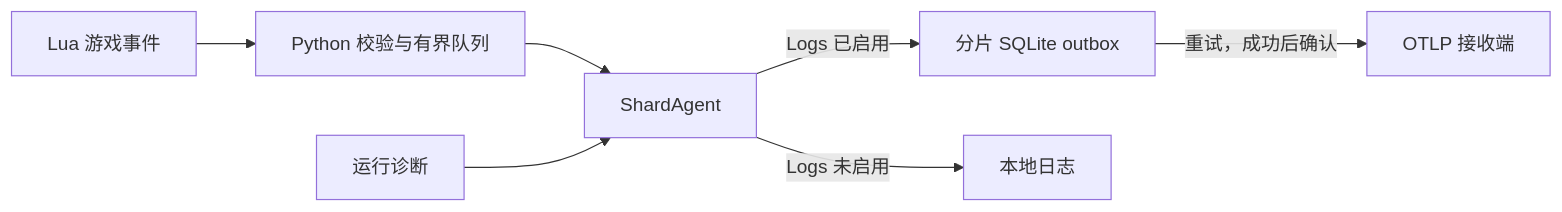
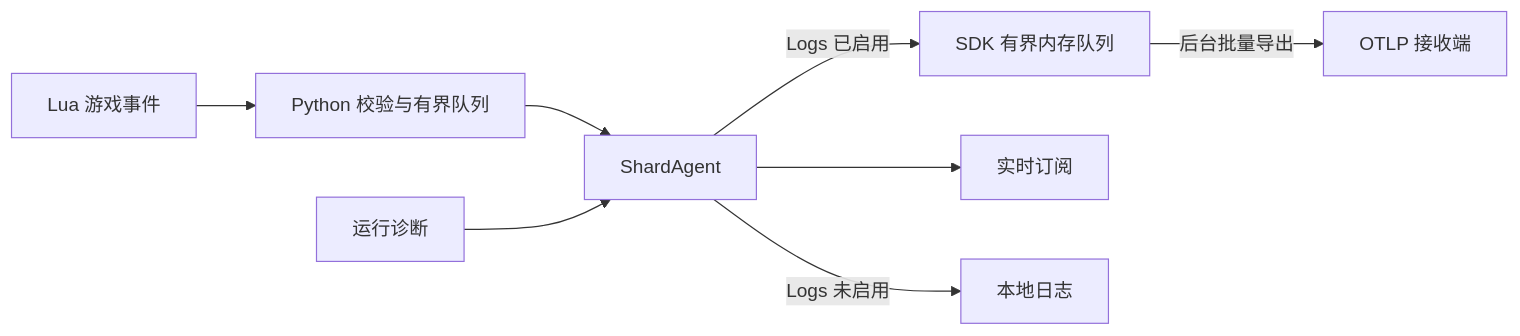
One commit to LetsStarveTogether/dst-server changed the fourth of 4 diagrams in README.zh-Hans.md. Above: the diagram before and after it, drawn with Mermaid. The commit also changed other lines of this file and 17 other files, not shown here.

````diff
--- a/README.zh-Hans.md
+++ b/README.zh-Hans.md
@@ -970,9 +971,10 @@
 ```mermaid
 flowchart LR
     Lua["Lua 游戏事件"] --> Validate["Python 校验与有界队列"]
     Validate --> Agent["ShardAgent"]
     Runtime["运行诊断"] --> Agent
-    Agent -->|"Logs 已启用"| Disk["分片 SQLite outbox"]
-    Disk -->|"重试，成功后确认"| Receiver["OTLP 接收端"]
+    Agent -->|"Logs 已启用"| Queue["SDK 有界内存队列"]
+    Queue -->|"后台批量导出"| Receiver["OTLP 接收端"]
+    Agent --> Live["实时订阅"]
     Agent -->|"Logs 未启用"| Local["本地日志"]
 ```
````
